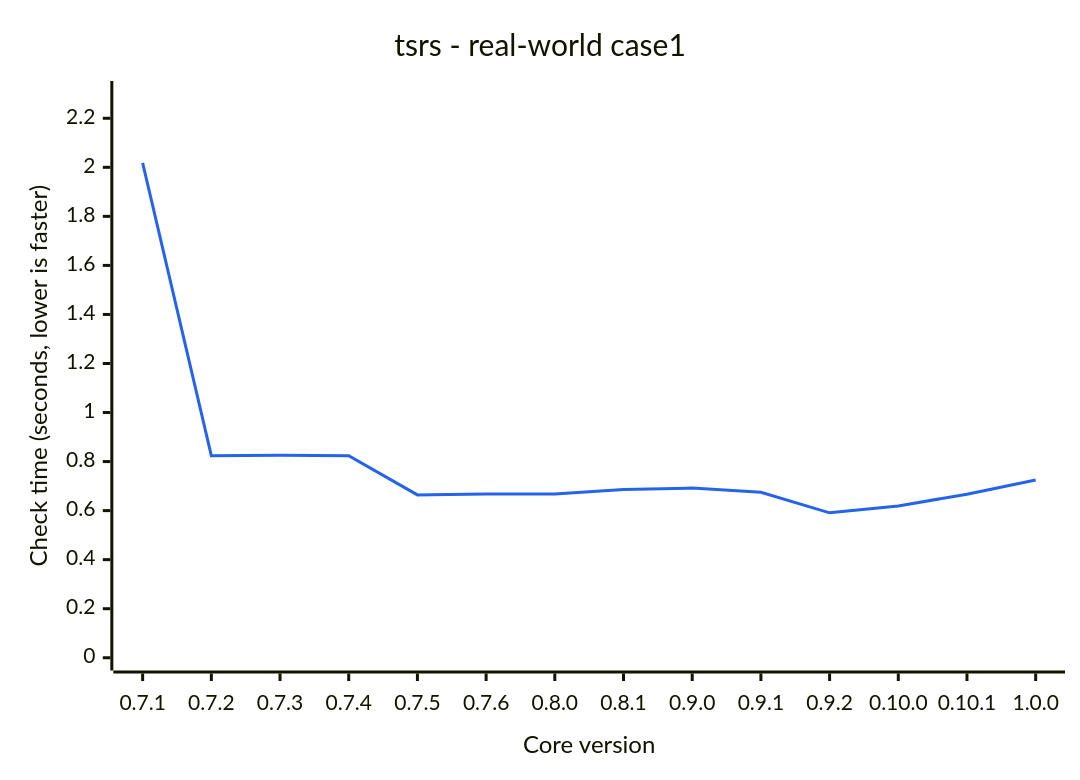
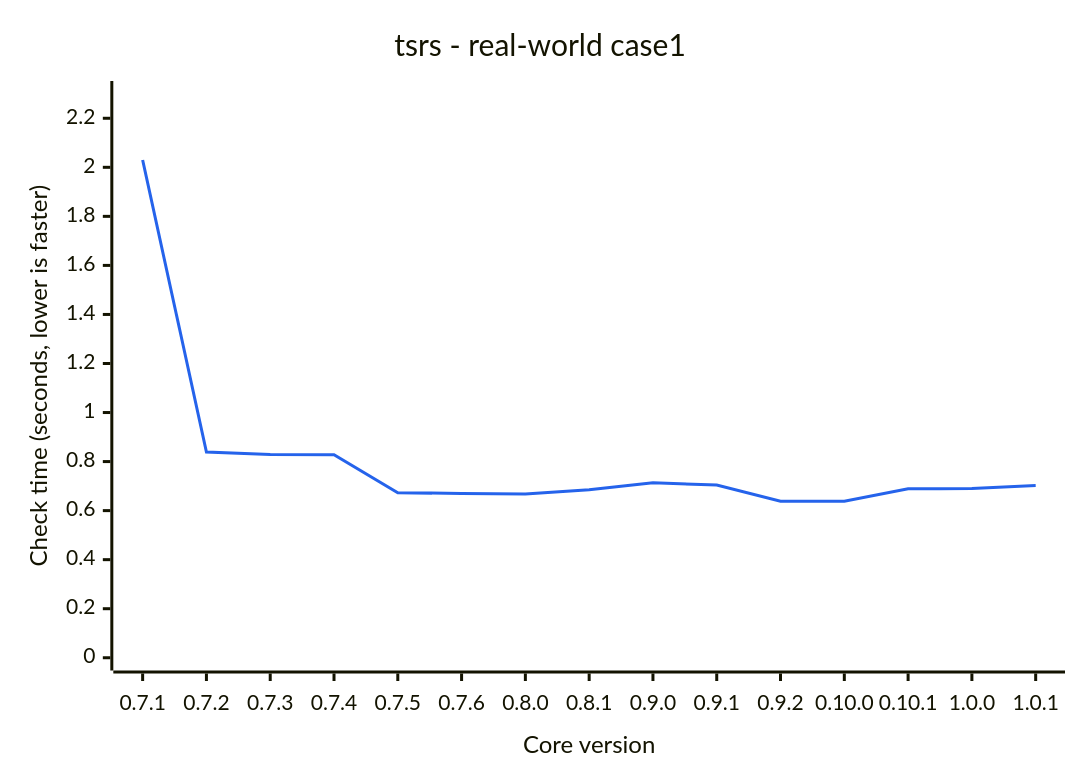
The diagram in README.md (ismailkarsli/TypeSQL), drawn with Mermaid before and after one commit. The commit also changed other lines of this file and 25 other files, not shown here.

````diff
--- a/README.md
+++ b/README.md
@@ -72,13 +72,13 @@
 ```mermaid
 ---
 config:
   themeVariables:
     xyChart:
       plotColorPalette: "#2563eb"
 ---
 xychart-beta
     title "tsrs - real-world case1"
-    x-axis "Core version" ["0.7.1", "0.7.2", "0.7.3", "0.7.4", "0.7.5", "0.7.6", "0.8.0", "0.8.1", "0.9.0", "0.9.1", "0.9.2", "0.10.0", "0.10.1", "1.0.0"]
+    x-axis "Core version" ["0.7.1", "0.7.2", "0.7.3", "0.7.4", "0.7.5", "0.7.6", "0.8.0", "0.8.1", "0.9.0", "0.9.1", "0.9.2", "0.10.0", "0.10.1", "1.0.0", "1.0.1"]
     y-axis "Check time (seconds, lower is faster)" 0 --> 2.3
-    line [2.018, 0.824, 0.826, 0.824, 0.664, 0.668, 0.668, 0.686, 0.692, 0.675, 0.591, 0.619, 0.667, 0.725]
+    line [2.03, 0.839, 0.829, 0.828, 0.673, 0.67, 0.668, 0.685, 0.714, 0.704, 0.638, 0.638, 0.689, 0.69, 0.702]
 ```
````
